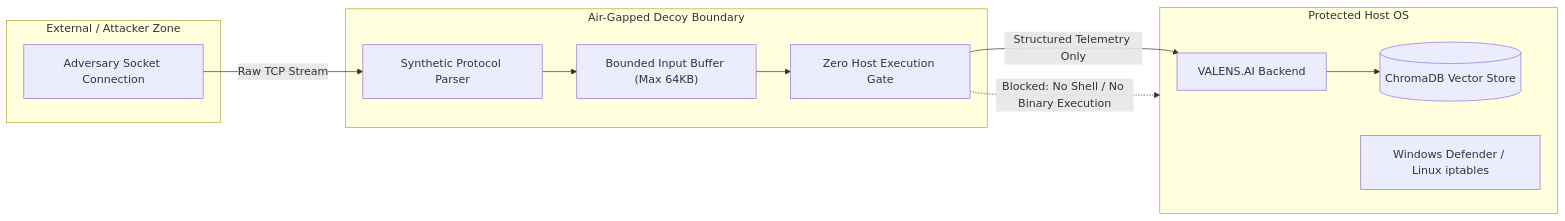
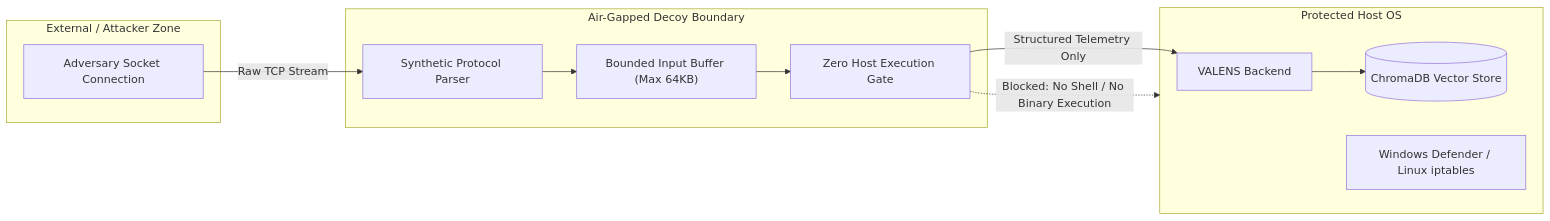
One commit to harkirat-data/CyberShield-AI-Hackathon changed the second of 2 diagrams in README.md. Above: the diagram before and after it, drawn with Mermaid. The commit also changed other lines of this file and 26 other files, not shown here.

````diff
--- a/README.md
+++ b/README.md
@@ -85,25 +85,25 @@
 ```mermaid
 flowchart LR
     subgraph UntrustedNetwork ["External / Attacker Zone"]
         Scanner["Adversary Socket Connection"]
     end
 
     subgraph IsolationBoundary ["Air-Gapped Decoy Boundary"]
         Emulation["Synthetic Protocol Parser"]
         NoExecution["Zero Host Execution Gate"]
         PayloadBuffer["Bounded Input Buffer (Max 64KB)"]
     end
 
     subgraph HostSystem ["Protected Host OS"]
-        App["VALENS.AI Backend"]
+        App["VALENS Backend"]
         VectorDB[("ChromaDB Vector Store")]
         HostFirewall["Windows Defender / Linux iptables"]
     end
 
     Scanner -->|Raw TCP Stream| Emulation
     Emulation --> PayloadBuffer
     PayloadBuffer --> NoExecution
     NoExecution -.->|Blocked: No Shell / No Binary Execution| HostSystem
     NoExecution -->|Structured Telemetry Only| App
     App --> VectorDB
 ```
````
